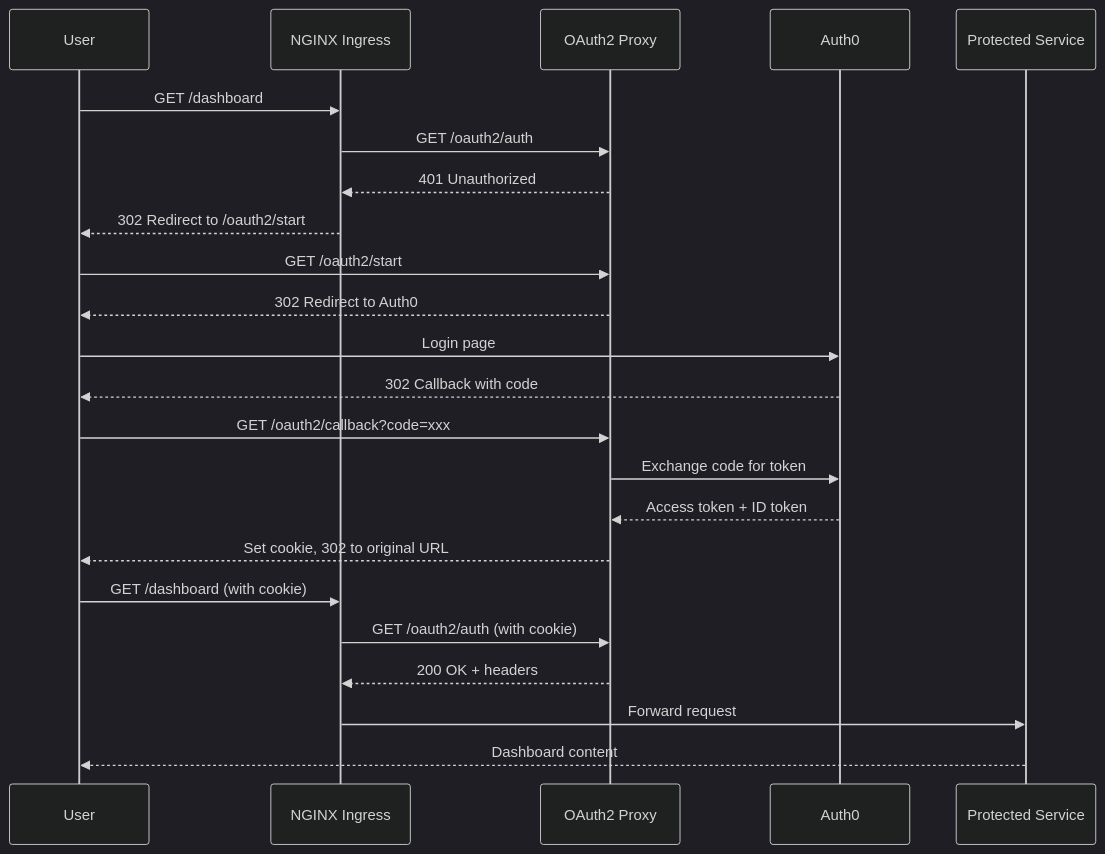
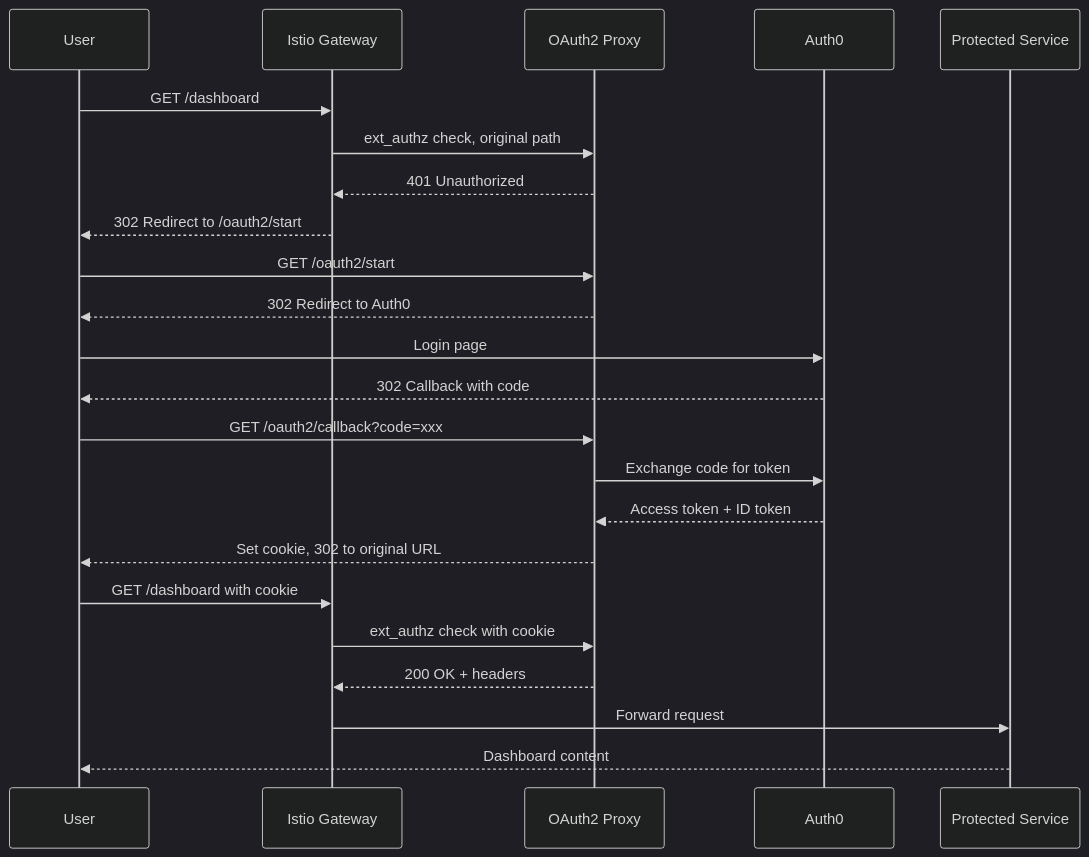
One commit to chrisleekr/homelab-infrastructure changed the second of 2 diagrams in docs/stage2/auth.md. Above: the diagram before and after it, drawn with Mermaid (dark theme). The commit also changed other lines of this file and 143 other files, not shown here.

Commit message:
feat(stage2): migrate nginx-ingress to Istio Gateway API (#119)

````diff
--- a/docs/stage2/auth.md
+++ b/docs/stage2/auth.md
@@ -43,30 +43,30 @@
 ```mermaid
 sequenceDiagram
     participant User
-    participant Nginx as NGINX Ingress
+    participant Gateway as Istio Gateway
     participant OAuth2 as OAuth2 Proxy
     participant Auth0
     participant Service as Protected Service
 
-    User->>Nginx: GET /dashboard
-    Nginx->>OAuth2: GET /oauth2/auth
-    OAuth2-->>Nginx: 401 Unauthorized
-    Nginx-->>User: 302 Redirect to /oauth2/start
+    User->>Gateway: GET /dashboard
+    Gateway->>OAuth2: ext_authz check, original path
+    OAuth2-->>Gateway: 401 Unauthorized
+    Gateway-->>User: 302 Redirect to /oauth2/start
 
     User->>OAuth2: GET /oauth2/start
     OAuth2-->>User: 302 Redirect to Auth0
 
     User->>Auth0: Login page
     Auth0-->>User: 302 Callback with code
 
     User->>OAuth2: GET /oauth2/callback?code=xxx
     OAuth2->>Auth0: Exchange code for token
     Auth0-->>OAuth2: Access token + ID token
     OAuth2-->>User: Set cookie, 302 to original URL
 
-    User->>Nginx: GET /dashboard (with cookie)
-    Nginx->>OAuth2: GET /oauth2/auth (with cookie)
-    OAuth2-->>Nginx: 200 OK + headers
-    Nginx->>Service: Forward request
+    User->>Gateway: GET /dashboard with cookie
+    Gateway->>OAuth2: ext_authz check with cookie
+    OAuth2-->>Gateway: 200 OK + headers
+    Gateway->>Service: Forward request
     Service-->>User: Dashboard content
 ```
````
